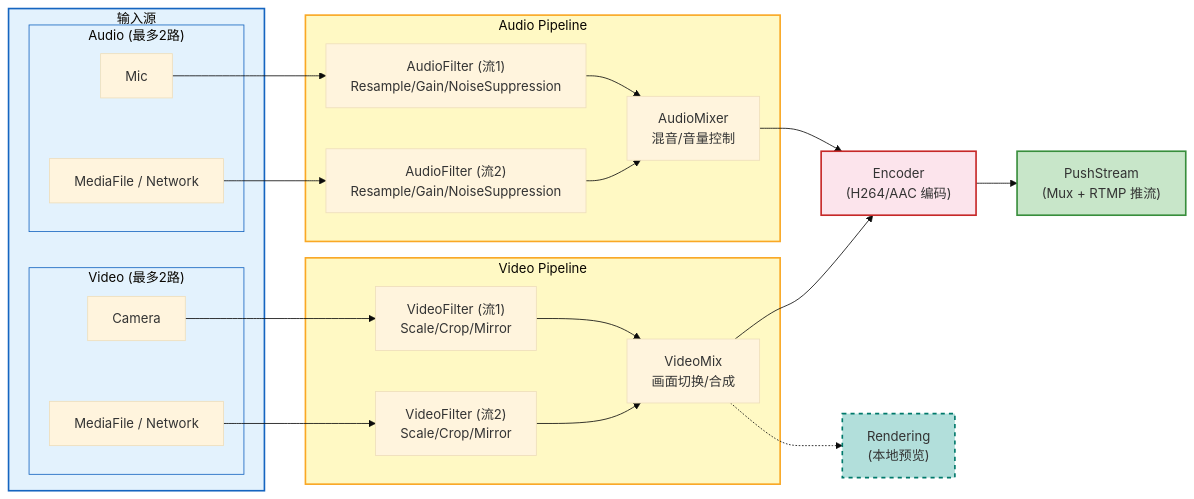
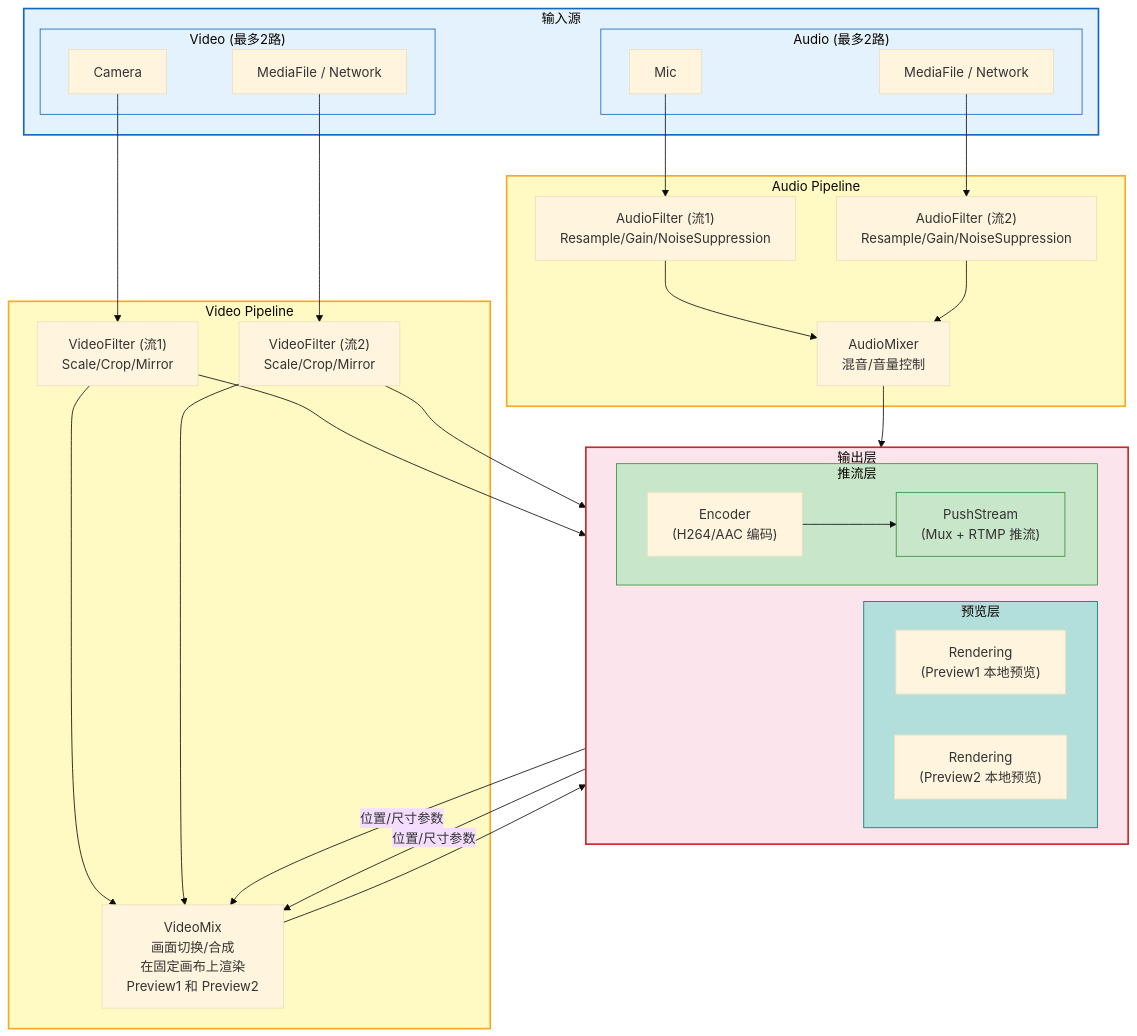
The second of 4 diagrams in Doc/NewPlan/TaskNewPlan.md (xiaerfei/WorkLabs), drawn with Mermaid (base theme) before and after one commit. The commit also changed other lines of this file and 7 other files, not shown here.

````diff
--- a/Doc/NewPlan/TaskNewPlan.md
+++ b/Doc/NewPlan/TaskNewPlan.md
@@ -106,53 +116,65 @@
 ```mermaid
-flowchart LR
+flowchart TB
     subgraph Input["输入源"]
         subgraph VSrc["Video (最多2路)"]
             Camera["Camera"]
             MediaOrNet_V["MediaFile / Network"]
         end
         subgraph ASrc["Audio (最多2路)"]
             Mic["Mic"]
             MediaOrNet_A["MediaFile / Network"]
         end
     end
 
     subgraph VideoPipeline["Video Pipeline"]
         VideoFilter1["VideoFilter (流1)<br/>Scale/Crop/Mirror"]
         VideoFilter2["VideoFilter (流2)<br/>Scale/Crop/Mirror"]
-        VideoMix["VideoMix<br/>画面切换/合成"]
+        VideoMix["VideoMix<br/>画面切换/合成<br/>在固定画布上渲染<br/>Preview1 和 Preview2"]
     end
 
     subgraph AudioPipeline["Audio Pipeline"]
         AudioFilter1["AudioFilter (流1)<br/>Resample/Gain/NoiseSuppression"]
         AudioFilter2["AudioFilter (流2)<br/>Resample/Gain/NoiseSuppression"]
         AudioMixer["AudioMixer<br/>混音/音量控制"]
     end
 
-    Encoder["Encoder<br/>(H264/AAC 编码)"]
-    PushStream["PushStream<br/>(Mux + RTMP 推流)"]
-    Rendering["Rendering<br/>(本地预览)"]
+    subgraph Output["输出层"]
+        direction LR
+        subgraph Preview["预览层"]
+            Preview1["Rendering<br/>(Preview1 本地预览)"]
+            Preview2["Rendering<br/>(Preview2 本地预览)"]
+        end
+        subgraph Push["推流层"]
+            Encoder["Encoder<br/>(H264/AAC 编码)"]
+            PushStream["PushStream<br/>(Mux + RTMP 推流)"]
+        end
+    end
 
     Camera --> VideoFilter1
     MediaOrNet_V --> VideoFilter2
     Mic --> AudioFilter1
     MediaOrNet_A --> AudioFilter2
 
+    VideoFilter1 --> Preview1
+    VideoFilter2 --> Preview2
     VideoFilter1 --> VideoMix
     VideoFilter2 --> VideoMix
+    Preview1 -- "位置/尺寸参数" --> VideoMix
+    Preview2 -- "位置/尺寸参数" --> VideoMix
     AudioFilter1 --> AudioMixer
     AudioFilter2 --> AudioMixer
 
     VideoMix --> Encoder
     AudioMixer --> Encoder
     Encoder --> PushStream
-    VideoMix -.-> Rendering
 
     style Input fill:#e3f2fd,stroke:#1565c0,stroke-width:2px
     style VSrc fill:#e3f2fd,stroke:#1565c0,stroke-width:1px
     style ASrc fill:#e3f2fd,stroke:#1565c0,stroke-width:1px
     style VideoPipeline fill:#fff9c4,stroke:#f9a825,stroke-width:2px
     style AudioPipeline fill:#fff9c4,stroke:#f9a825,stroke-width:2px
-    style Encoder fill:#fce4ec,stroke:#c62828,stroke-width:2px
-    style PushStream fill:#c8e6c9,stroke:#388e3c,stroke-width:2px
-    style Rendering fill:#b2dfdb,stroke:#00796b,stroke-width:2px,stroke-dasharray: 5 5
+    style Output fill:#fce4ec,stroke:#c62828,stroke-width:2px
+    style Preview fill:#b2dfdb,stroke:#00796b,stroke-width:1px
+    style Push fill:#c8e6c9,stroke:#388e3c,stroke-width:1px
+    style PushStream fill:#c8e6c9,stroke:#388e3c,stroke-width:1px
 ```
````
